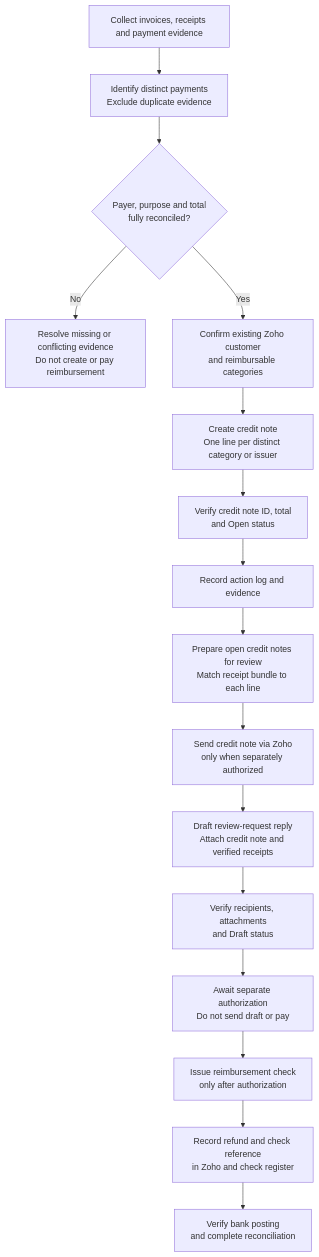
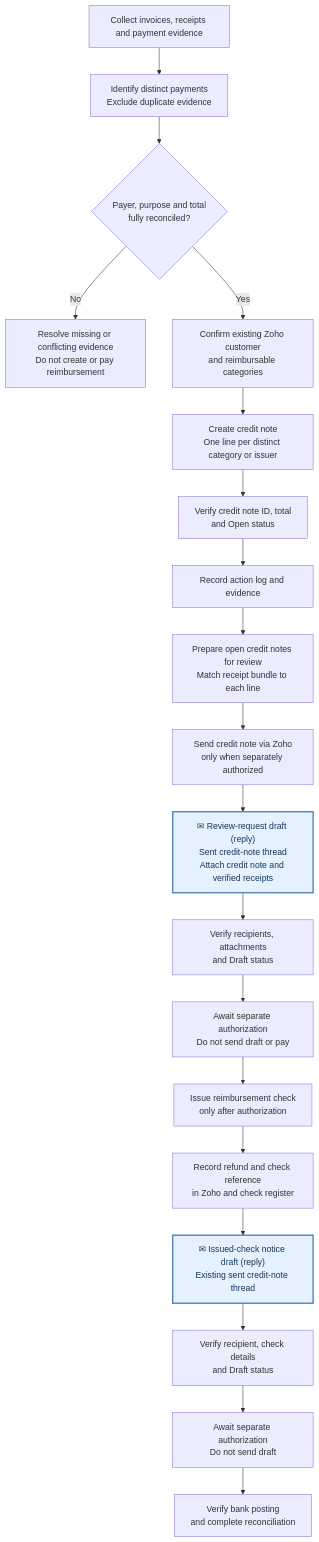
Before and after one commit to SFFilAmLions/club-handbook: the diagram in docs/treasurer/reimbursements.md, drawn with Mermaid. The commit also changed other lines of this file and 1 other file, not shown here.

Commit message:
docs(treasurer): keep reimbursement notices in credit thread

````diff
--- a/docs/treasurer/reimbursements.md
+++ b/docs/treasurer/reimbursements.md
@@ -10,18 +10,23 @@
 ```mermaid
 flowchart TD
     A["Collect invoices, receipts and payment evidence"] --> B["Identify distinct payments<br/>Exclude duplicate evidence"]
     B --> C{"Payer, purpose and total<br/>fully reconciled?"}
     C -->|No| D["Resolve missing or conflicting evidence<br/>Do not create or pay reimbursement"]
     C -->|Yes| E["Confirm existing Zoho customer<br/>and reimbursable categories"]
     E --> F["Create credit note<br/>One line per distinct category or issuer"]
     F --> G["Verify credit note ID, total<br/>and Open status"]
     G --> H["Record action log and evidence"]
     H --> I["Prepare open credit notes for review<br/>Match receipt bundle to each line"]
     I --> J["Send credit note via Zoho<br/>only when separately authorized"]
-    J --> K["Draft review-request reply<br/>Attach credit note and verified receipts"]
+    J --> K["✉ Review-request draft (reply)<br/>Sent credit-note thread<br/>Attach credit note and verified receipts"]
     K --> L["Verify recipients, attachments<br/>and Draft status"]
     L --> M["Await separate authorization<br/>Do not send draft or pay"]
     M --> N["Issue reimbursement check<br/>only after authorization"]
     N --> O["Record refund and check reference<br/>in Zoho and check register"]
-    O --> P["Verify bank posting<br/>and complete reconciliation"]
+    O --> P["✉ Issued-check notice draft (reply)<br/>Existing sent credit-note thread"]
+    P --> Q["Verify recipient, check details<br/>and Draft status"]
+    Q --> R["Await separate authorization<br/>Do not send draft"]
+    R --> S["Verify bank posting<br/>and complete reconciliation"]
+    classDef email fill:#e6f1ff,stroke:#2463a6,stroke-width:2px,color:#15375b
+    class K,P email
 ```
````
